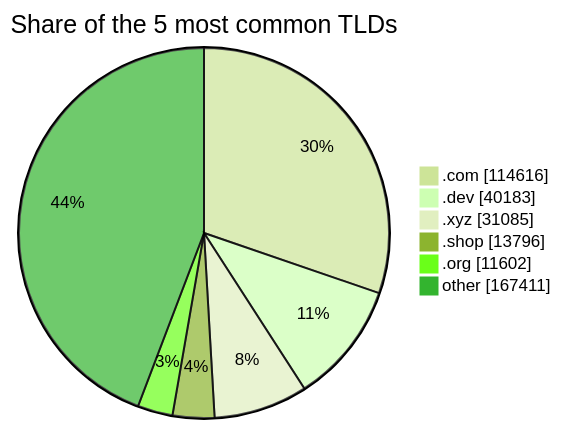
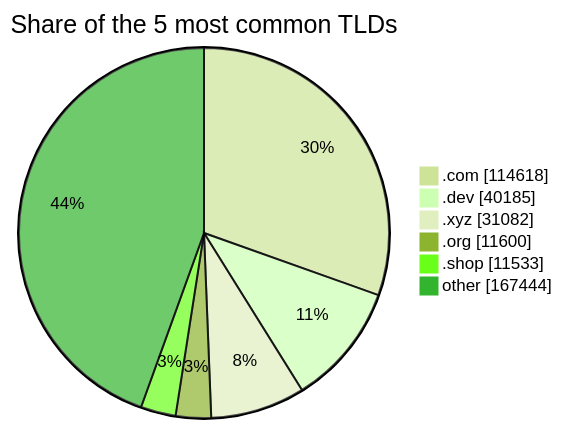
Before and after one commit to DNSBunker/CTI: the third of 3 diagrams in README.md, drawn with Mermaid (forest theme). The commit also changed other lines of this file and 3 other files, not shown here.

````diff
--- a/README.md
+++ b/README.md
@@ -81,9 +81,9 @@
 ```mermaid
 pie showData title Share of the 5 most common TLDs
-    ".com" : 114616
-    ".dev" : 40183
-    ".xyz" : 31085
-    ".shop" : 13796
-    ".org" : 11602
-    "other" : 167411
+    ".com" : 114618
+    ".dev" : 40185
+    ".xyz" : 31082
+    ".org" : 11600
+    ".shop" : 11533
+    "other" : 167444
 ```
````
